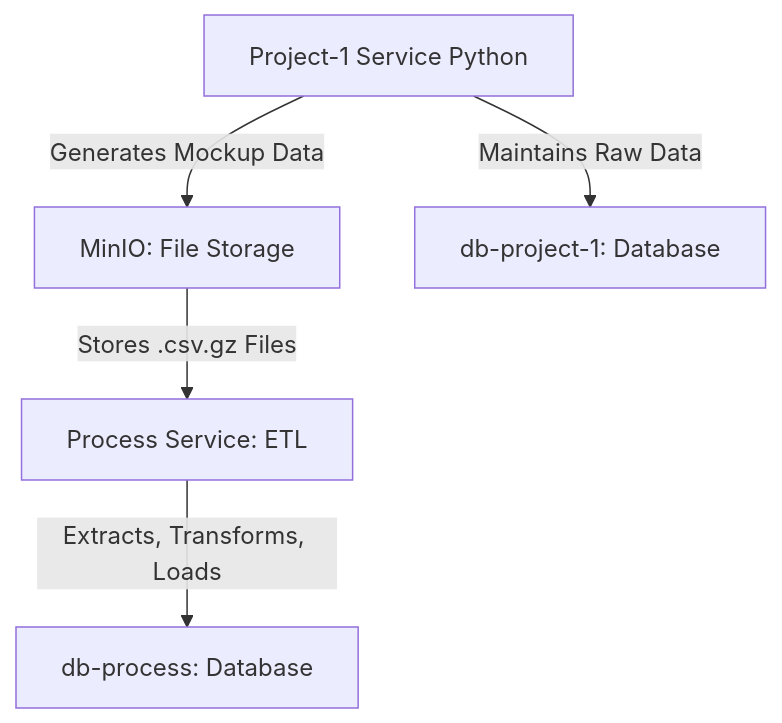
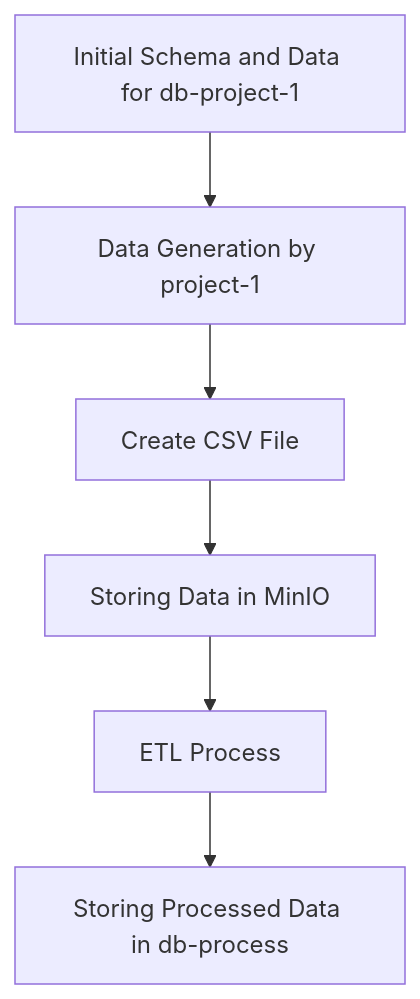
Before and after one commit to ittikornsopawan/data-engineer-billing-project: the diagram in README.md, drawn with Mermaid. The commit also changed other lines of this file, not shown here.

````diff
--- a/README.md
+++ b/README.md
@@ -38,7 +38,8 @@
 ```mermaid
 graph TD;
-    A[Project-1 Service Python] -->|Generates Mockup Data| B[MinIO: File Storage];
-    B -->|Stores .csv.gz Files| C[Process Service: ETL];
-    C -->|Extracts, Transforms, Loads| D[db-process: Database];
-    A -->|Maintains Raw Data| E[db-project-1: Database];
+    A[Initial Schema and Data for db-project-1] --> B[Data Generation by project-1];
+    B --> C[Create CSV File];
+    C --> D[Storing Data in MinIO];
+    D --> E[ETL Process];
+    E --> F[Storing Processed Data in db-process];
 ```
````
